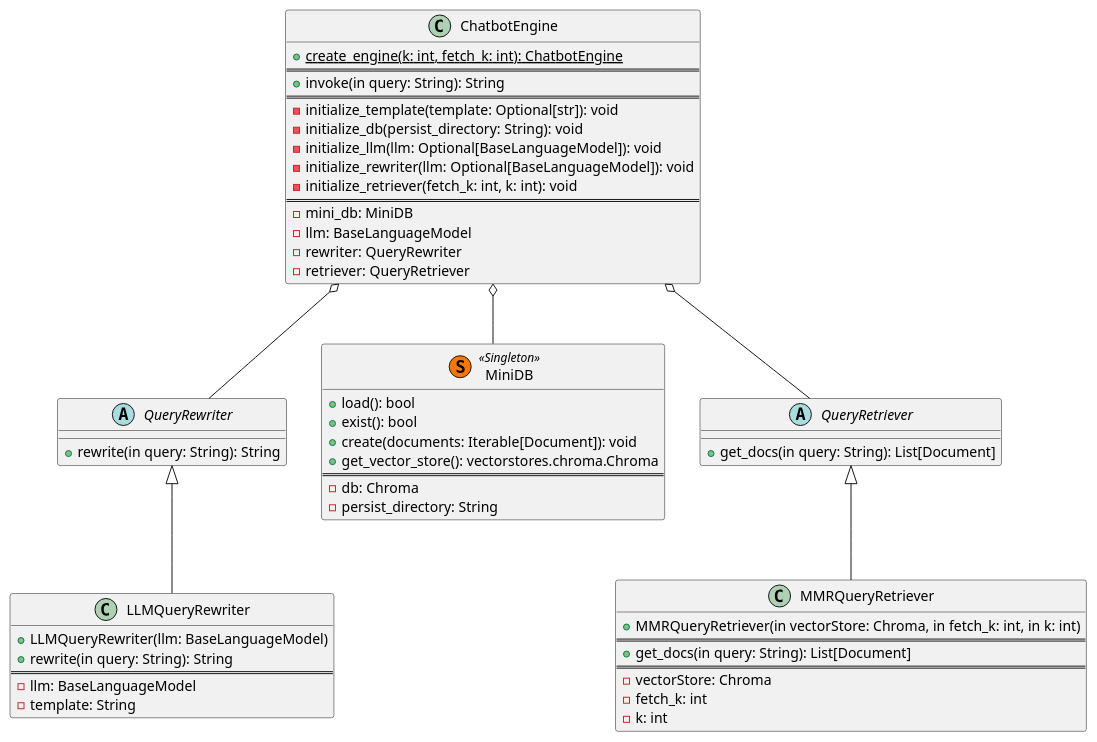
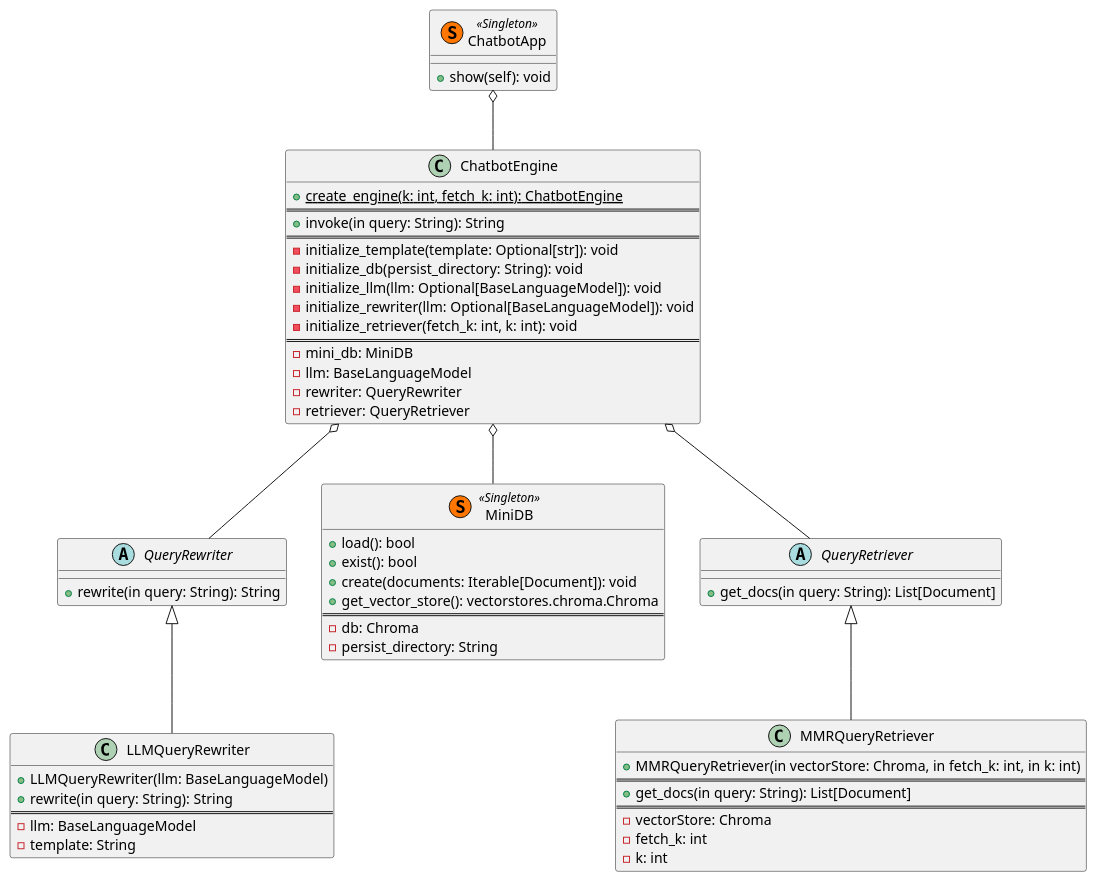
One commit to SirArt25/ChatMate changed the diagram in uml_diagrams/project.puml. Above: the diagram before and after it, drawn with PlantUML.

Commit message:
Small Updates

```diff
--- a/uml_diagrams/project.puml
+++ b/uml_diagrams/project.puml
@@ -1,69 +1,75 @@
 @startuml
 
 
 abstract class QueryRewriter {
     + rewrite(in query: String): String
 }
 
 class LLMQueryRewriter {
     + LLMQueryRewriter(llm: BaseLanguageModel)
     + rewrite(in query: String): String
     ===
     - llm: BaseLanguageModel
     - template: String
 }
 
 
 class ChatbotEngine {
     + {static} create_engine(k: int, fetch_k: int): ChatbotEngine
     ===
     + invoke(in query: String): String
     ===
     - initialize_template(template: Optional[str]): void
     - initialize_db(persist_directory: String): void
     - initialize_llm(llm: Optional[BaseLanguageModel]): void
     - initialize_rewriter(llm: Optional[BaseLanguageModel]): void
     - initialize_retriever(fetch_k: int, k: int): void
     ===
     - mini_db: MiniDB
     - llm: BaseLanguageModel
     - rewriter: QueryRewriter
     - retriever: QueryRetriever
 }
 
 
 class MiniDB  << (S,#FF7700) Singleton >> {
     + load(): bool
     + exist(): bool
     + create(documents: Iterable[Document]): void
     + get_vector_store(): vectorstores.chroma.Chroma
     ===
     - db: Chroma
     - persist_directory: String
 }
 
 
 
 QueryRewriter <|-- LLMQueryRewriter
 QueryRetriever <|-- MMRQueryRetriever
 
 ChatbotEngine o-- QueryRewriter
 ChatbotEngine o-- MiniDB
 ChatbotEngine o-- QueryRetriever
-
+ChatbotApp o-- ChatbotEngine
 
 
 
 abstract class QueryRetriever {
     + get_docs(in query: String): List[Document]
 }
 class MMRQueryRetriever {
     + MMRQueryRetriever(in vectorStore: Chroma, in fetch_k: int, in k: int)
     ===
     + get_docs(in query: String): List[Document]
     ===
     - vectorStore: Chroma
     - fetch_k: int
     - k: int
 }
+
+
+class ChatbotApp  << (S,#FF7700) Singleton >> {
+    + show(self): void
+}
+
 @enduml
```
